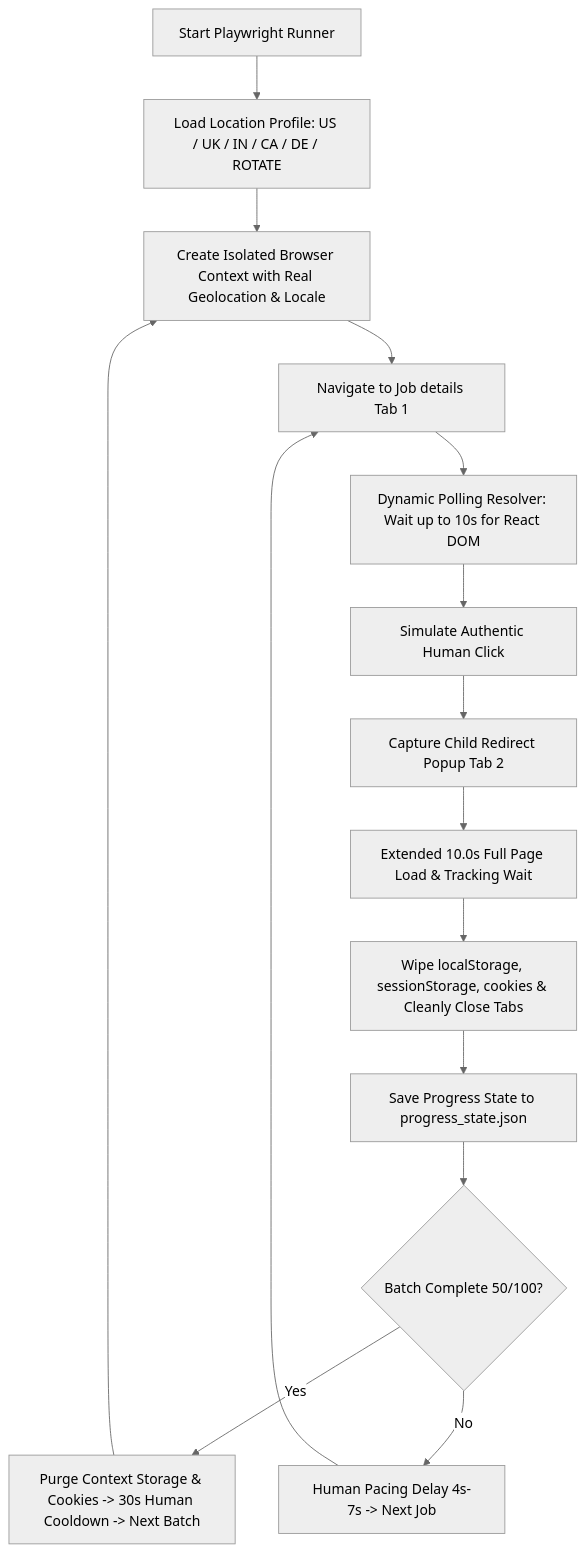
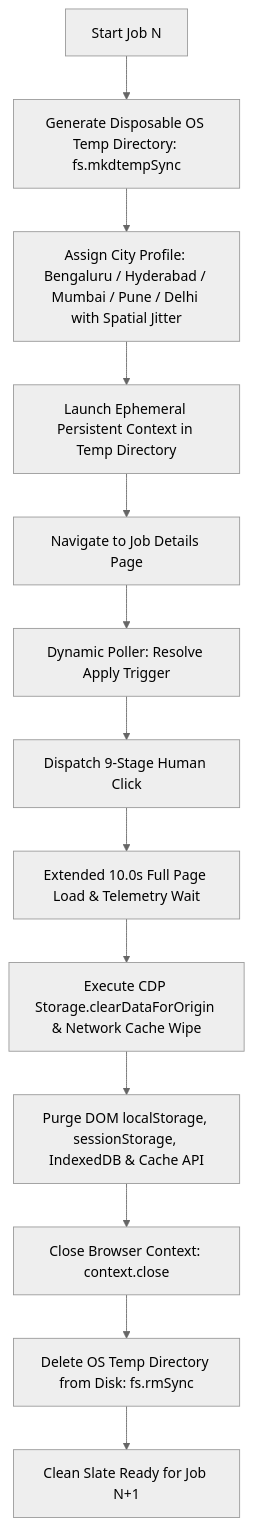
The diagram in docs/playwright-runner.md (Naman-mahi/zero-footprint), drawn with Mermaid (neutral theme) before and after one commit. The commit also changed other lines of this file and 2 other files, not shown here.

Commit message:
feat: implement production-grade Playwright automation runner with zero-trace disposable profiles and multi-city geo-rotation

````diff
--- a/docs/playwright-runner.md
+++ b/docs/playwright-runner.md
@@ -9,17 +11,15 @@
 ```mermaid
 flowchart TD
-    A[Start Playwright Runner] --> B[Load Location Profile: US / UK / IN / CA / DE / ROTATE]
-    B --> C[Create Isolated Browser Context with Real Geolocation & Locale]
-    C --> D[Navigate to Job details Tab 1]
-    D --> E[Dynamic Polling Resolver: Wait up to 10s for React DOM]
-    E --> F[Simulate Authentic Human Click]
-    F --> G[Capture Child Redirect Popup Tab 2]
-    G --> H[Extended 10.0s Full Page Load & Tracking Wait]
-    H --> I[Wipe localStorage, sessionStorage, cookies & Cleanly Close Tabs]
-    I --> J[Save Progress State to progress_state.json]
-    J --> K{Batch Complete 50/100?}
-    K -->|Yes| L[Purge Context Storage & Cookies -> 30s Human Cooldown -> Next Batch]
-    K -->|No| M[Human Pacing Delay 4s-7s -> Next Job]
-    L --> C
-    M --> D
+    A[Start Job N] --> B[Generate Disposable OS Temp Directory: fs.mkdtempSync]
+    B --> C[Assign City Profile: Bengaluru / Hyderabad / Mumbai / Pune / Delhi with Spatial Jitter]
+    C --> D[Launch Ephemeral Persistent Context in Temp Directory]
+    D --> E[Navigate to Job Details Page]
+    E --> F[Dynamic Poller: Resolve Apply Trigger]
+    F --> G[Dispatch 9-Stage Human Click]
+    G --> H[Extended 10.0s Full Page Load & Telemetry Wait]
+    H --> I[Execute CDP Storage.clearDataForOrigin & Network Cache Wipe]
+    I --> J[Purge DOM localStorage, sessionStorage, IndexedDB & Cache API]
+    J --> K[Close Browser Context: context.close]
+    K --> L[Delete OS Temp Directory from Disk: fs.rmSync]
+    L --> M[Clean Slate Ready for Job N+1]
 ```
````
